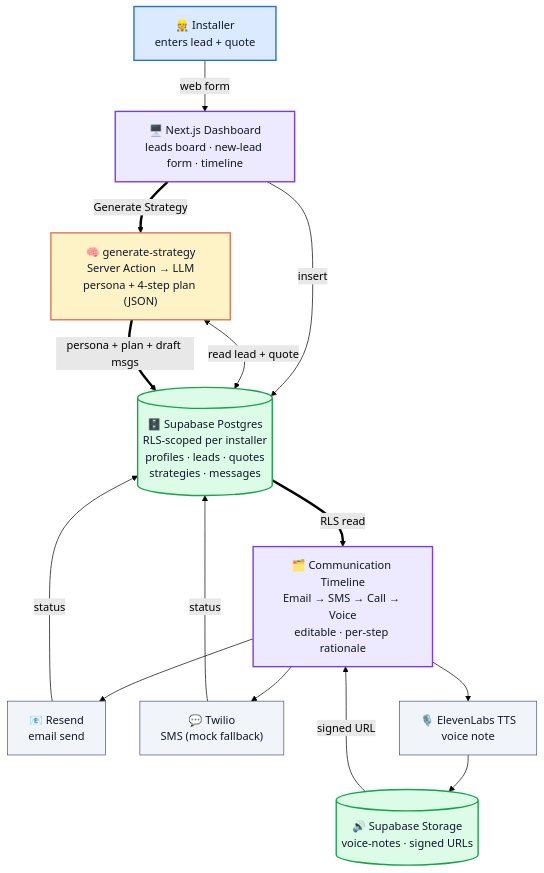
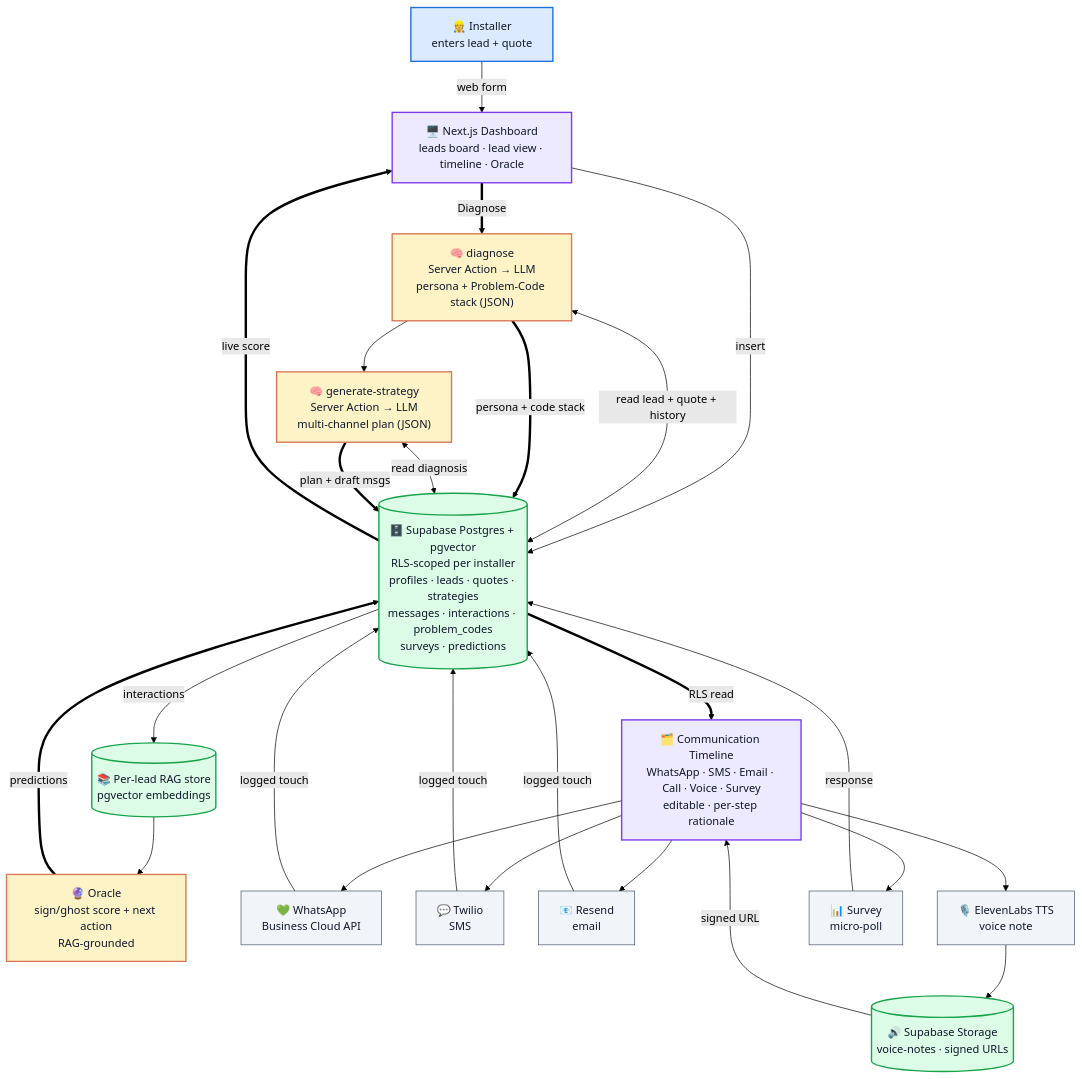
One commit to ibxibx/reonic-hackathon changed the diagram in README.md. Above: the diagram before and after it, drawn with Mermaid (forest theme). The commit also changed other lines of this file and 2 other files, not shown here.

Commit message:
docs: expand README to full PRD feature set (Problem-Code system, Oracle, 6 channels, keep-warm + surveys, RAG, 10-table schema); add PRD.md + poster; fix doc links

````diff
--- a/README.md
+++ b/README.md
@@ -94,32 +177,48 @@
 ```mermaid
 flowchart TD
     classDef installer fill:#dbeafe,stroke:#1e6fe0,stroke-width:2px,color:#0f172a
     classDef app fill:#ede9fe,stroke:#7c3aed,stroke-width:2px,color:#0f172a
     classDef brain fill:#fef3c7,stroke:#d97757,stroke-width:2px,color:#0f172a
     classDef data fill:#dcfce7,stroke:#16a34a,stroke-width:2px,color:#0f172a
     classDef channel fill:#f1f5f9,stroke:#475569,color:#0f172a
 
     I["👷 Installer<br/>enters lead + quote"]:::installer
-    UI["🖥️ Next.js Dashboard<br/>leads board · new-lead form · timeline"]:::app
-    SB[("🗄️ Supabase Postgres<br/>RLS-scoped per installer<br/>profiles · leads · quotes<br/>strategies · messages")]:::data
-    GEN["🧠 generate-strategy<br/>Server Action → LLM<br/>persona + 4-step plan (JSON)"]:::brain
-    TL["🗂️ Communication Timeline<br/>Email → SMS → Call → Voice<br/>editable · per-step rationale"]:::app
-    EM["📧 Resend<br/>email send"]:::channel
-    SMS["💬 Twilio<br/>SMS (mock fallback)"]:::channel
+    UI["🖥️ Next.js Dashboard<br/>leads board · lead view · timeline · Oracle"]:::app
+    SB[("🗄️ Supabase Postgres + pgvector<br/>RLS-scoped per installer<br/>profiles · leads · quotes · strategies<br/>messages · interactions · problem_codes<br/>surveys · predictions")]:::data
+    DIAG["🧠 diagnose<br/>Server Action → LLM<br/>persona + Problem-Code stack (JSON)"]:::brain
+    GEN["🧠 generate-strategy<br/>Server Action → LLM<br/>multi-channel plan (JSON)"]:::brain
+    ORC["🔮 Oracle<br/>sign/ghost score + next action<br/>RAG-grounded"]:::brain
+    RAG[("📚 Per-lead RAG store<br/>pgvector embeddings")]:::data
+    TL["🗂️ Communication Timeline<br/>WhatsApp · SMS · Email · Call · Voice · Survey<br/>editable · per-step rationale"]:::app
+    WA["💚 WhatsApp<br/>Business Cloud API"]:::channel
+    SMS["💬 Twilio<br/>SMS"]:::channel
+    EM["📧 Resend<br/>email"]:::channel
     EL["🎙️ ElevenLabs TTS<br/>voice note"]:::channel
+    SV["📊 Survey<br/>micro-poll"]:::channel
     ST[("🔊 Supabase Storage<br/>voice-notes · signed URLs")]:::data
 
     I -->|"web form"| UI
     UI -->|"insert"| SB
-    UI ==>|"Generate Strategy"| GEN
-    GEN <-->|"read lead + quote"| SB
-    GEN ==>|"persona + plan + draft msgs"| SB
+    UI ==>|"Diagnose"| DIAG
+    DIAG <-->|"read lead + quote + history"| SB
+    DIAG ==>|"persona + code stack"| SB
+    DIAG --> GEN
+    GEN <-->|"read diagnosis"| SB
+    GEN ==>|"plan + draft msgs"| SB
     SB ==>|"RLS read"| TL
+    TL --> WA
+    TL --> SMS
     TL --> EM
-    TL --> SMS
     TL --> EL
+    TL --> SV
     EL --> ST
     ST -->|"signed URL"| TL
-    EM -->|"status"| SB
-    SMS -->|"status"| SB
+    WA -->|"logged touch"| SB
+    SMS -->|"logged touch"| SB
+    EM -->|"logged touch"| SB
+    SV -->|"response"| SB
+    SB -->|"interactions"| RAG
+    RAG --> ORC
+    ORC ==>|"predictions"| SB
+    SB ==>|"live score"| UI
 ```
````
